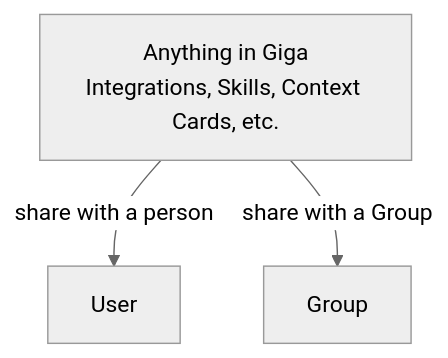
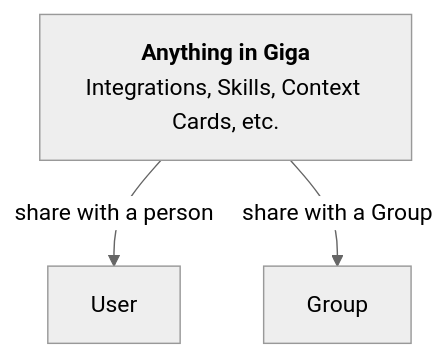
One commit to tonyennis145/documentationai-Docs changed the diagram in introduction.mdx. Above: the diagram before and after it, drawn with Mermaid (neutral theme).

Commit message:
Intro diagram: bold title only in Anything in Giga node

````diff
--- a/introduction.mdx
+++ b/introduction.mdx
@@ -13,6 +13,6 @@
 ```mermaid
 graph TB
-    A["Anything in Giga<br/>Integrations, Skills, Context Cards, etc."]
+    A["<b>Anything in Giga</b><br/><span style='font-weight:400'>Integrations, Skills, Context Cards, etc.</span>"]
     A -->|share with a person| U[User]
     A -->|share with a Group| G[Group]
 ```
````
